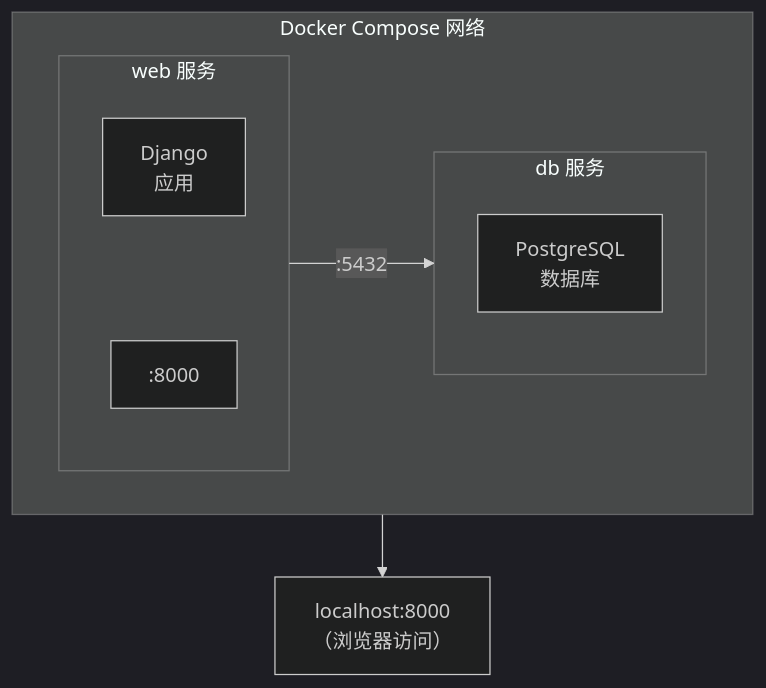
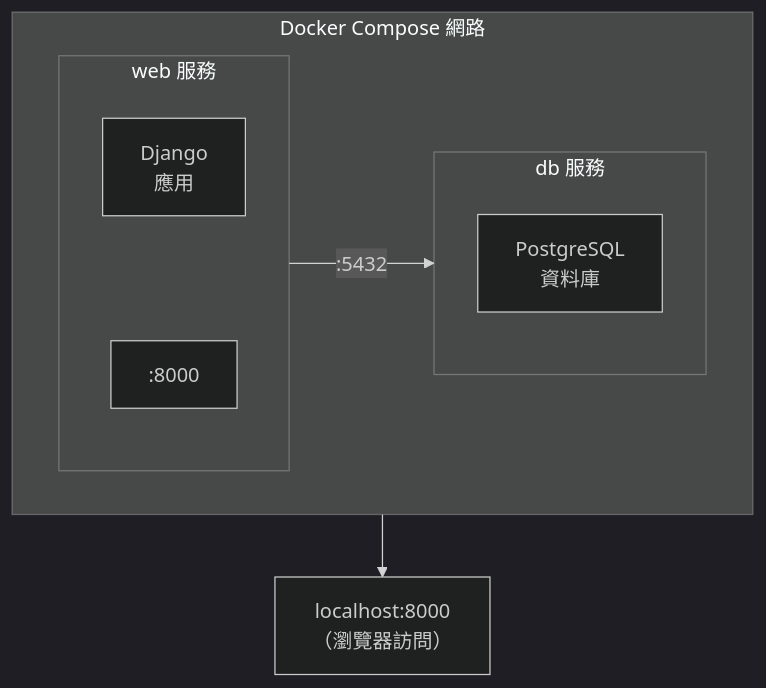
The diagram in 11_compose/11.6_django.md (alexkuoecity/docker-practice-master-zh-tw), drawn with Mermaid (dark theme) before and after one commit. The commit also changed other lines of this file and 200 other files, not shown here.

````diff
--- a/11_compose/11.6_django.md
+++ b/11_compose/11.6_django.md
@@ -16,22 +16,22 @@
 ```mermaid
 flowchart TD
-    subgraph Network ["Docker Compose 网络"]
+    subgraph Network ["Docker Compose 網路"]
         direction LR
-        subgraph Web ["web 服务"]
+        subgraph Web ["web 服務"]
             direction TB
-            Django["Django<br/>应用"]
+            Django["Django<br/>應用"]
             Port8000[":8000"]
             Django ~~~ Port8000
         end
 
-        subgraph DB ["db 服务"]
+        subgraph DB ["db 服務"]
             direction TB
-            Postgres["PostgreSQL<br/>数据库"]
+            Postgres["PostgreSQL<br/>資料庫"]
         end
 
         Django -- ":5432" --> Postgres
     end
 
-    Browser["localhost:8000<br/>（浏览器访问）"]
+    Browser["localhost:8000<br/>（瀏覽器訪問）"]
     Port8000 --> Browser
 ```
````
